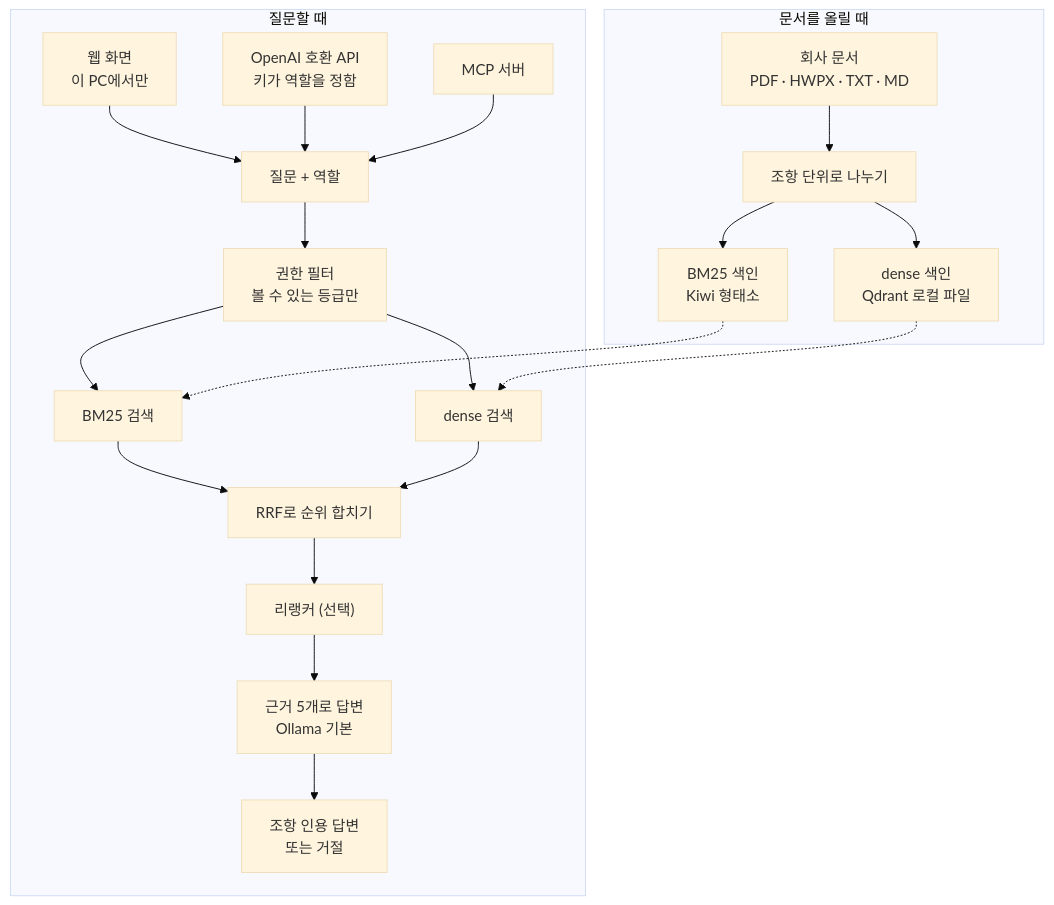
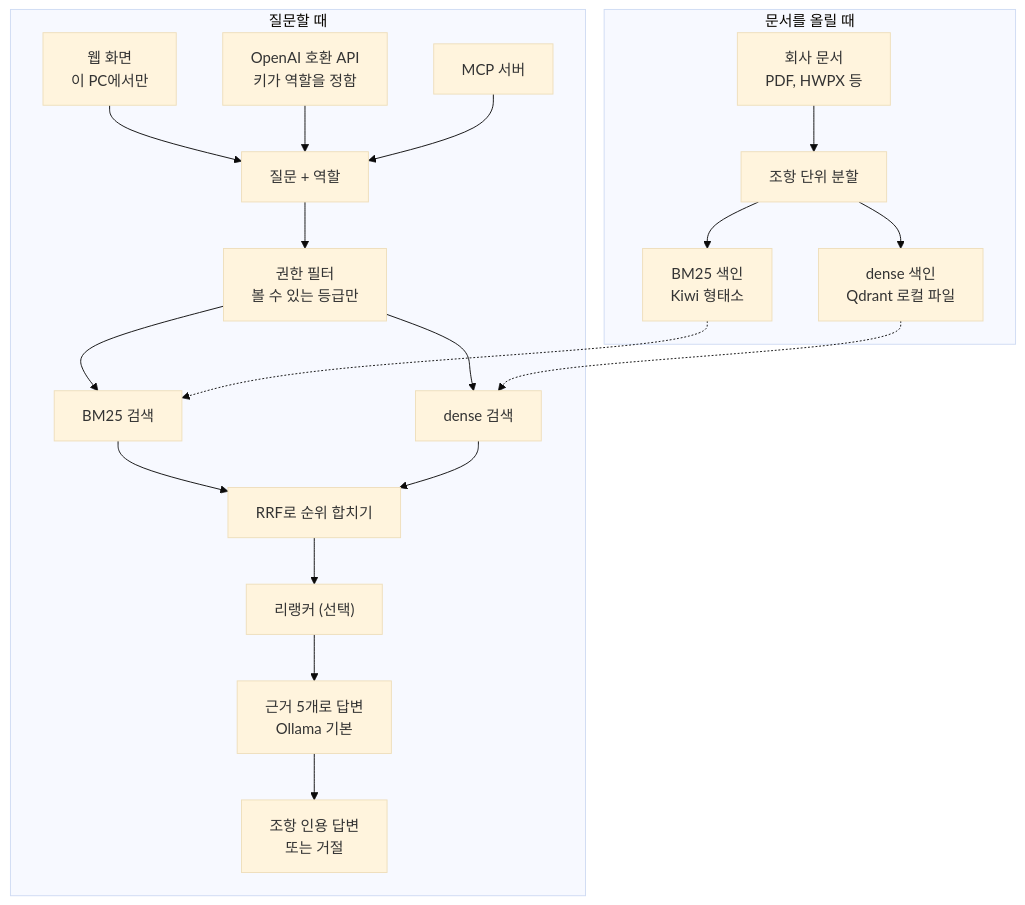
Before and after one commit to Growcompany/ax-assistant-builder: the diagram in README.md, drawn with Mermaid (base theme).

Commit message:
docs: shorten the two diagram labels GitHub clips

````diff
--- a/README.md
+++ b/README.md
@@ -221,24 +221,23 @@
 ```mermaid
-%%{init: {"flowchart": {"htmlLabels": false}}}%%
 flowchart TD
     subgraph INDEX["문서를 올릴 때"]
-        DOC["회사 문서<br/>PDF · HWPX · TXT · MD"] --> CHUNK["조항 단위로 나누기"]
+        DOC["회사 문서<br/>PDF, HWPX 등"] --> CHUNK["조항 단위 분할"]
         CHUNK --> DIDX["dense 색인<br/>Qdrant 로컬 파일"]
         CHUNK --> BIDX["BM25 색인<br/>Kiwi 형태소"]
     end
     subgraph ASK["질문할 때"]
         UI["웹 화면<br/>이 PC에서만"] --> Q["질문 + 역할"]
         V1["OpenAI 호환 API<br/>키가 역할을 정함"] --> Q
         MCP["MCP 서버"] --> Q
         Q --> ACL["권한 필터<br/>볼 수 있는 등급만"]
         ACL --> BM["BM25 검색"]
         ACL --> DN["dense 검색"]
         BM --> RRF["RRF로 순위 합치기"]
         DN --> RRF
         RRF --> RR["리랭커 (선택)"]
         RR --> GEN["근거 5개로 답변<br/>Ollama 기본"]
         GEN --> OUT["조항 인용 답변<br/>또는 거절"]
     end
     BIDX -.-> BM
     DIDX -.-> DN
 ```
````
